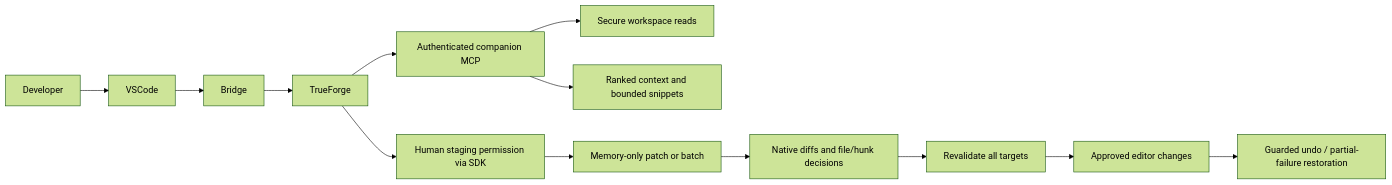
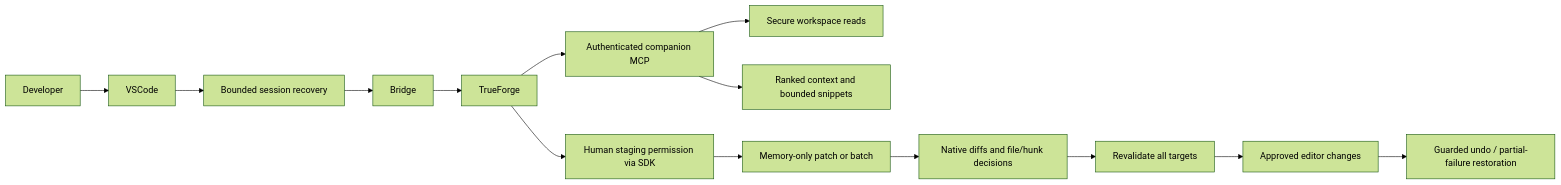
One commit to nipunkalsotra/ForgePilot changed the diagram in docs/architecture.md. Above: the diagram before and after it, drawn with Mermaid (forest theme). The commit also changed other lines of this file and 23 other files, not shown here.

Commit message:
feat: implement safe model resilience and Task C recovery

````diff
--- a/docs/architecture.md
+++ b/docs/architecture.md
@@ -5,15 +5,16 @@
 ```mermaid
 flowchart LR
   Developer --> VSCode
-  VSCode --> Bridge
+  VSCode --> Resilience[Bounded session recovery]
+  Resilience --> Bridge
   Bridge --> TrueForge
   TrueForge --> MCP[Authenticated companion MCP]
   MCP --> Workspace[Secure workspace reads]
   MCP --> Retrieval[Ranked context and bounded snippets]
   TrueForge --> ToolApproval[Human staging permission via SDK]
   ToolApproval --> Staging[Memory-only patch or batch]
   Staging --> Review[Native diffs and file/hunk decisions]
   Review --> Coordinator[Revalidate all targets]
   Coordinator --> WorkspaceEdit[Approved editor changes]
   WorkspaceEdit --> Undo[Guarded undo / partial-failure restoration]
 ```
````
